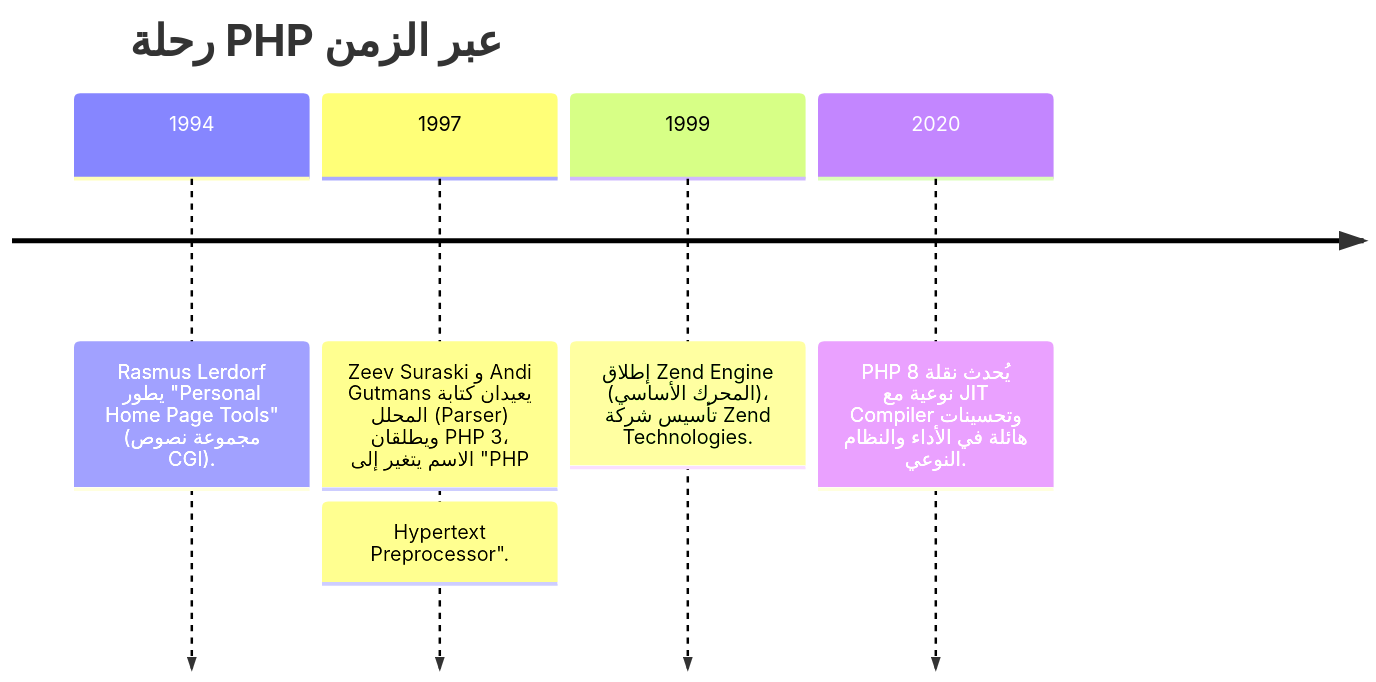
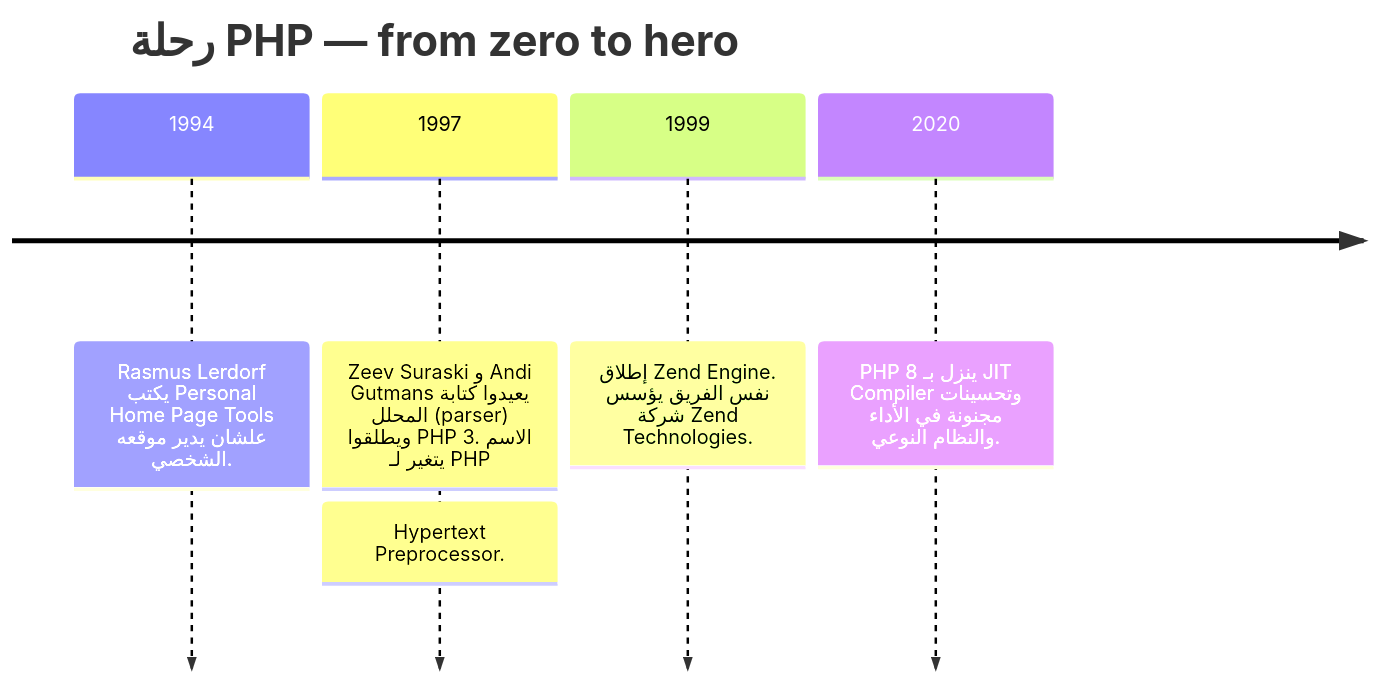
One commit to muhammad-khaled-tech/My-Study-Notes changed the first of 2 diagrams in php/Untitled.md. Above: the diagram before and after it, drawn with Mermaid. The commit also changed other lines of this file and 2 other files, not shown here.

````diff
--- a/php/Untitled.md
+++ b/php/Untitled.md
@@ -20,8 +20,8 @@
 ```mermaid
 timeline
-    title رحلة PHP عبر الزمن
-    1994 : Rasmus Lerdorf يطور "Personal Home Page Tools" (مجموعة نصوص CGI).
-    1997 : Zeev Suraski و Andi Gutmans يعيدان كتابة المحلل (Parser) ويطلقان PHP 3، الاسم يتغير إلى "PHP: Hypertext Preprocessor".
-    1999 : إطلاق Zend Engine (المحرك الأساسي)، تأسيس شركة Zend Technologies.
-    2020 : PHP 8 يُحدث نقلة نوعية مع JIT Compiler وتحسينات هائلة في الأداء والنظام النوعي.
+    title رحلة PHP — from zero to hero
+    1994 : Rasmus Lerdorf يكتب Personal Home Page Tools علشان يدير موقعه الشخصي.
+    1997 : Zeev Suraski و Andi Gutmans يعيدوا كتابة المحلل (parser) ويطلقوا PHP 3. الاسم يتغير لـ PHP: Hypertext Preprocessor.
+    1999 : إطلاق Zend Engine. نفس الفريق يؤسس شركة Zend Technologies.
+    2020 : PHP 8 ينزل بـ JIT Compiler وتحسينات مجنونة في الأداء والنظام النوعي.
 ```
````
